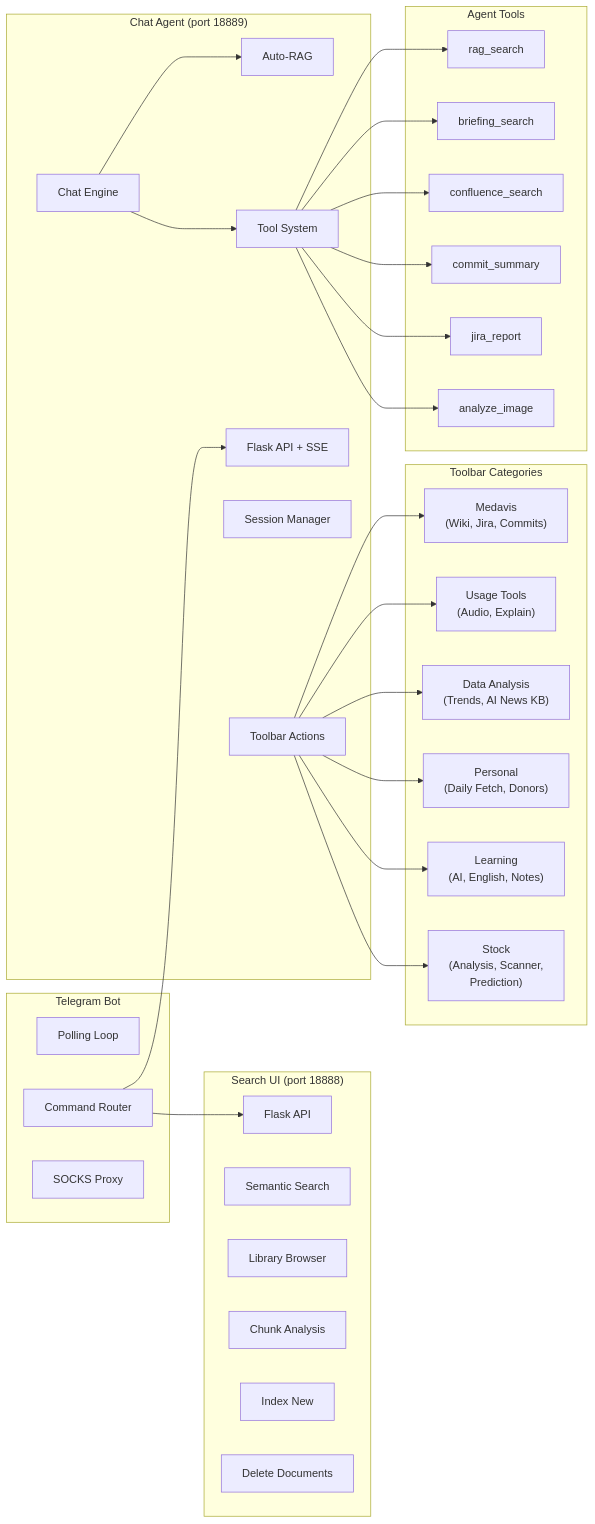
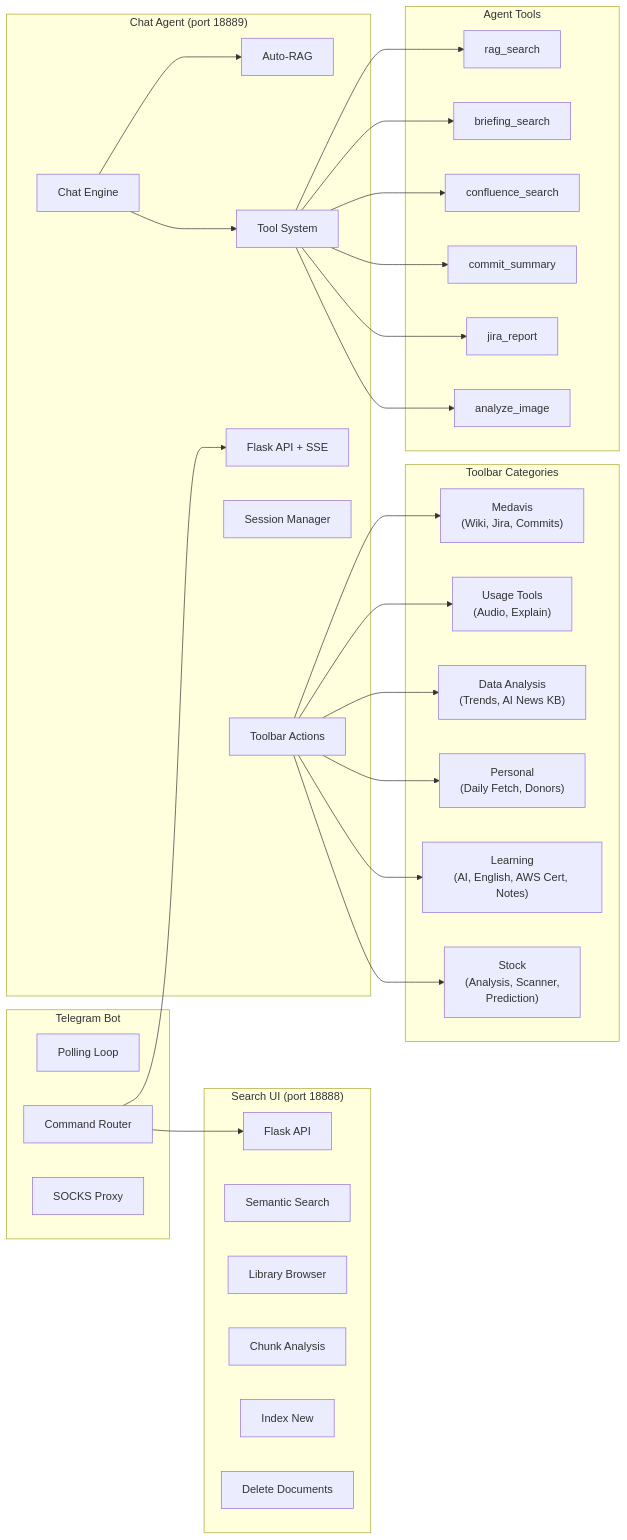
The fifth of 10 diagrams in docs/design/architecture.md (medavisyin/jarvis-yin), drawn with Mermaid before and after one commit. The commit also changed 13 other files, not shown here.

````diff
--- a/docs/design/architecture.md
+++ b/docs/design/architecture.md
@@ -246,62 +246,62 @@
 ```mermaid
 graph LR
     subgraph SearchUI["Search UI (port 18888)"]
         S_API["Flask API"]
         S_Search["Semantic Search"]
         S_Library["Library Browser"]
         S_Chunks["Chunk Analysis"]
         S_Index["Index New"]
         S_Delete["Delete Documents"]
     end
 
     subgraph Agent["Chat Agent (port 18889)"]
         A_API["Flask API + SSE"]
         A_Chat["Chat Engine"]
         A_RAG["Auto-RAG"]
         A_Tools["Tool System"]
         A_Sessions["Session Manager"]
         A_Toolbar["Toolbar Actions"]
     end
 
     subgraph Telegram["Telegram Bot"]
         T_Poll["Polling Loop"]
         T_Cmds["Command Router"]
         T_Proxy["SOCKS Proxy"]
     end
 
     subgraph Tools["Agent Tools"]
         T_RAGSearch["rag_search"]
         T_Brief["briefing_search"]
         T_Wiki["confluence_search"]
         T_Git["commit_summary"]
         T_Jira["jira_report"]
         T_Image["analyze_image"]
     end
 
     subgraph ToolbarGroups["Toolbar Categories"]
         TB_Medavis["Medavis<br/>(Wiki, Jira, Commits)"]
         TB_Usage["Usage Tools<br/>(Audio, Explain)"]
         TB_Data["Data Analysis<br/>(Trends, AI News KB)"]
         TB_Personal["Personal<br/>(Daily Fetch, Donors)"]
-        TB_Learning["Learning<br/>(AI, English, Notes)"]
+        TB_Learning["Learning<br/>(AI, English, AWS Cert, Notes)"]
         TB_Stock["Stock<br/>(Analysis, Scanner,<br/>Prediction)"]
     end
 
     A_Chat --> A_RAG
     A_Chat --> A_Tools
     A_Tools --> T_RAGSearch
     A_Tools --> T_Brief
     A_Tools --> T_Wiki
     A_Tools --> T_Git
     A_Tools --> T_Jira
     A_Tools --> T_Image
     A_Toolbar --> TB_Medavis
     A_Toolbar --> TB_Usage
     A_Toolbar --> TB_Data
     A_Toolbar --> TB_Personal
     A_Toolbar --> TB_Learning
     A_Toolbar --> TB_Stock
 
     T_Cmds --> A_API
     T_Cmds --> S_API
 ```
````
